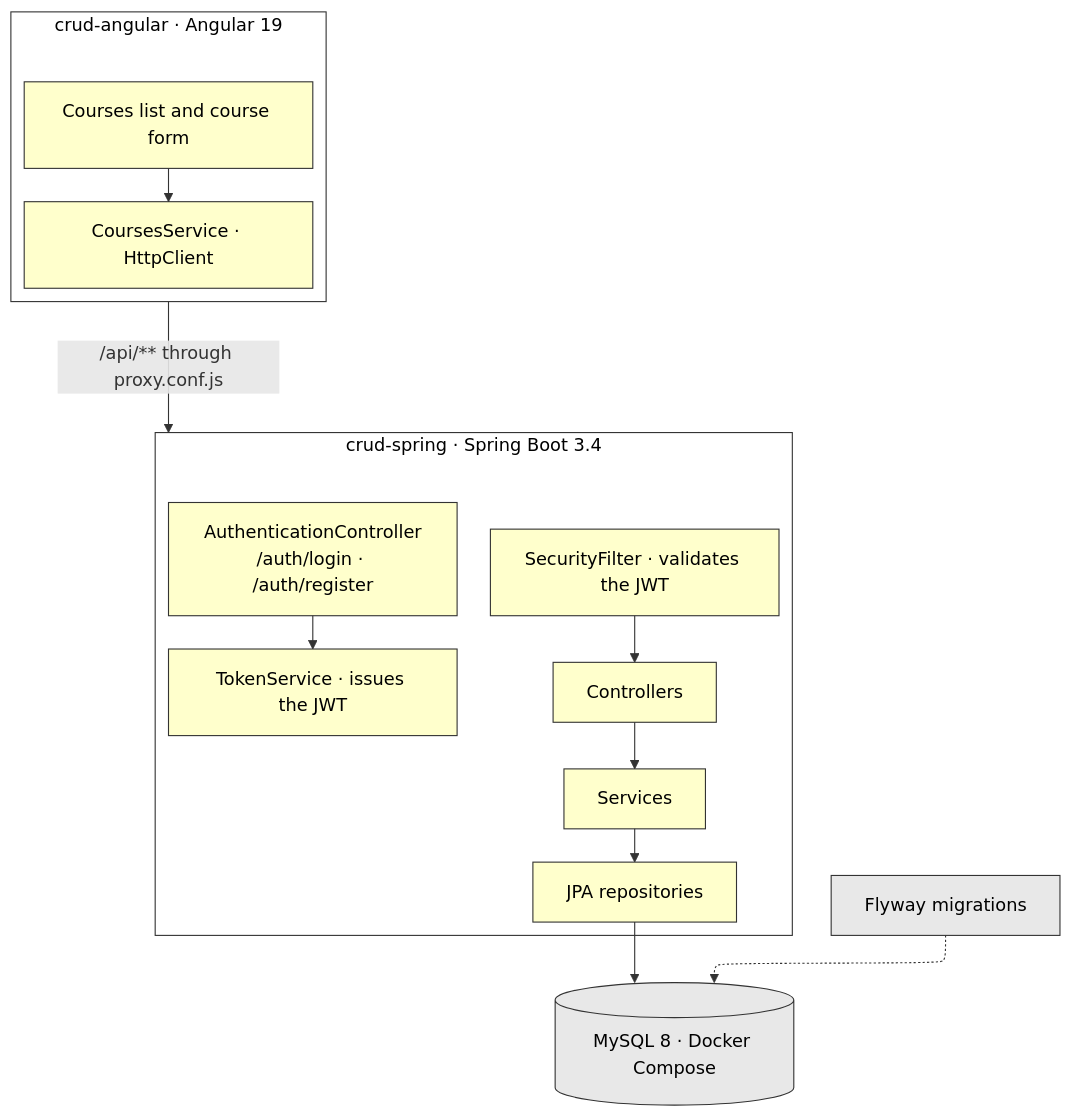
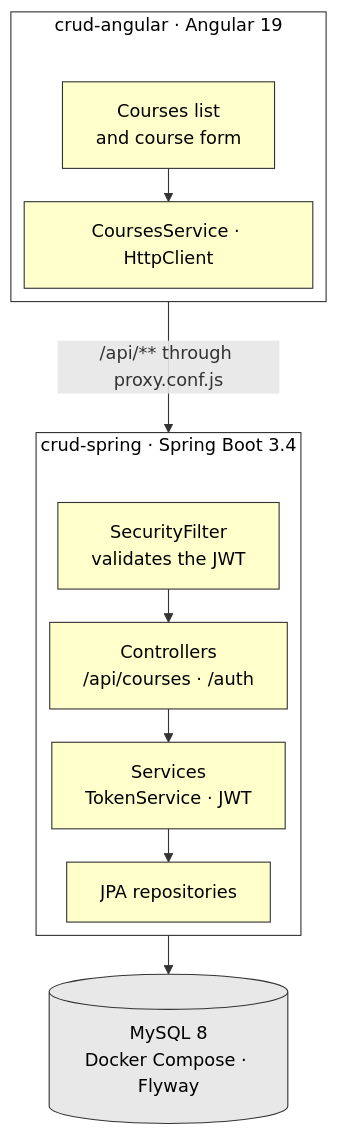
One commit to nathan00pdl/crud-angular-spring changed the diagram in docs/architecture.mmd. Above: the diagram before and after it, drawn with Mermaid. The commit also changed 4 other files, not shown here.

Commit message:
docs: opaque arrow labels, a margin around the diagrams, and a script that applies both

```diff
--- a/docs/architecture.mmd
+++ b/docs/architecture.mmd
@@ -1,32 +1,25 @@
 ---
 config:
   layout: elk
 ---
 flowchart TB
     subgraph FE["crud-angular · Angular 19"]
-        direction TB
-        UI["Courses list and course form"] --> SVC["CoursesService · HttpClient"]
+        UI["Courses list<br/>and course form"] --> SVC["CoursesService · HttpClient"]
     end
     FE -- "/api/** through proxy.conf.js" --> BE
     subgraph BE["crud-spring · Spring Boot 3.4"]
-        direction TB
-        AUTH["AuthenticationController<br/>/auth/login · /auth/register"] --> TOK["TokenService · issues the JWT"]
-        SF["SecurityFilter · validates the JWT"] --> CTRL["Controllers"]
-        CTRL --> SERV["Services"]
+        SF["SecurityFilter<br/>validates the JWT"] --> CTRL["Controllers<br/>/api/courses · /auth"]
+        CTRL --> SERV["Services<br/>TokenService · JWT"]
         SERV --> REPO["JPA repositories"]
     end
-    REPO --> DB[("MySQL 8 · Docker Compose")]
-    FW["Flyway migrations"] -.-> DB
+    BE --> DB[("MySQL 8<br/>Docker Compose · Flyway")]
 
     style UI fill:#FFFFCC,stroke:#333333,color:#000000
     style SVC fill:#FFFFCC,stroke:#333333,color:#000000
     style SF fill:#FFFFCC,stroke:#333333,color:#000000
     style CTRL fill:#FFFFCC,stroke:#333333,color:#000000
-    style AUTH fill:#FFFFCC,stroke:#333333,color:#000000
-    style TOK fill:#FFFFCC,stroke:#333333,color:#000000
     style SERV fill:#FFFFCC,stroke:#333333,color:#000000
     style REPO fill:#FFFFCC,stroke:#333333,color:#000000
     style DB fill:#E8E8E8,stroke:#333333,color:#000000
-    style FW fill:#E8E8E8,stroke:#333333,color:#000000
     style FE fill:#FFFFFF,stroke:#333333,color:#000000
     style BE fill:#FFFFFF,stroke:#333333,color:#000000
```
